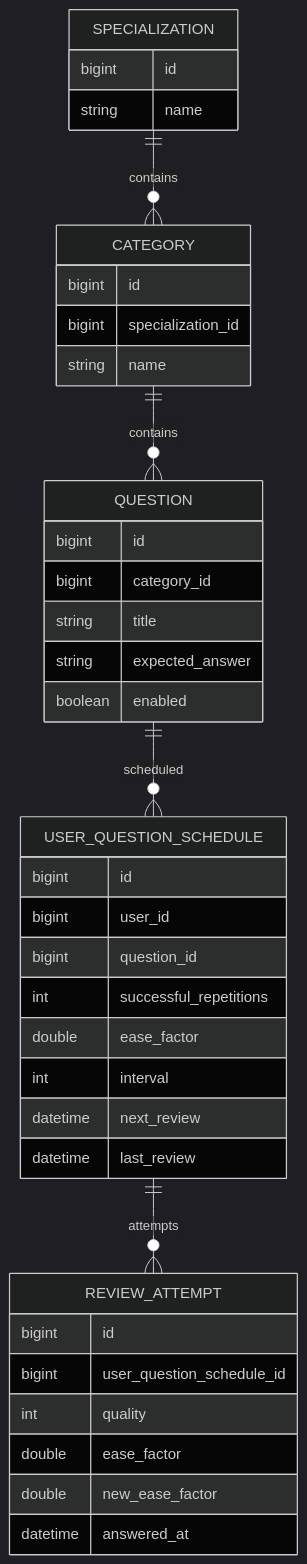
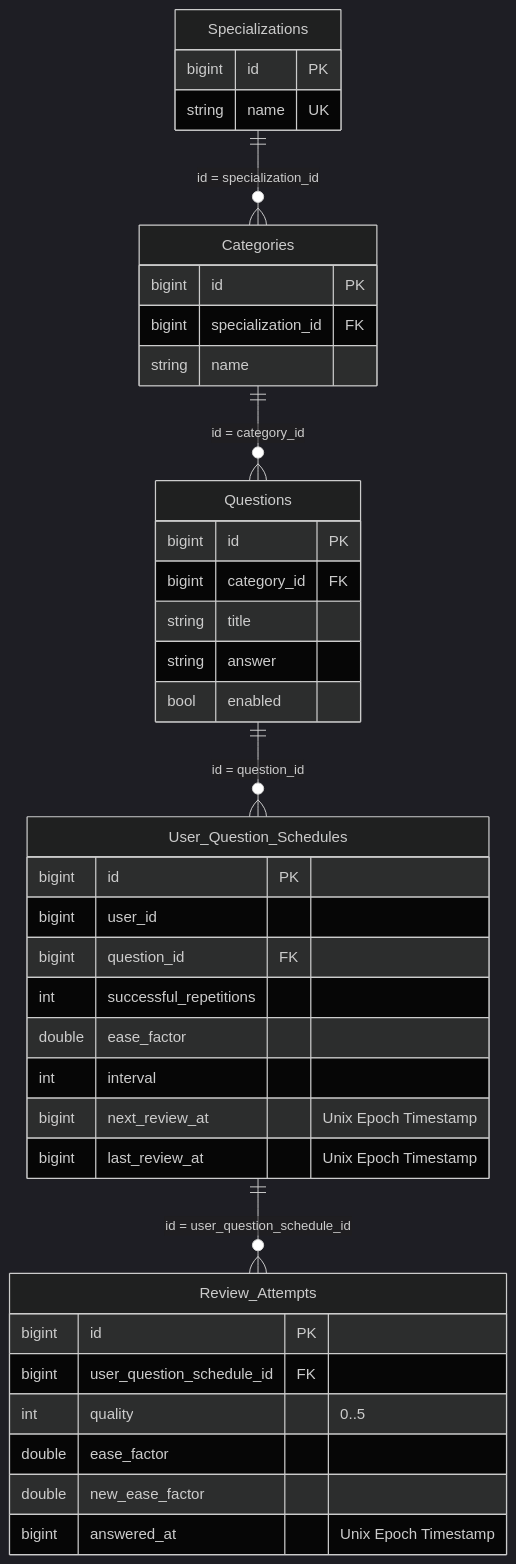
The diagram in system-analytics/services/interval-repetition-service/index.md (it-mentor-community-platform/meta), drawn with Mermaid (dark theme) before and after one commit.

Commit message:
refactor er-diagram

````diff
--- a/system-analytics/services/interval-repetition-service/index.md
+++ b/system-analytics/services/interval-repetition-service/index.md
@@ -16,47 +16,50 @@
 ```mermaid
 erDiagram
 
-    SPECIALIZATION {
-        bigint id
+    Specializations {
+        bigint id PK
+        string name UK
+    }
+
+    Categories {
+        bigint id PK
+        bigint specialization_id FK
         string name
     }
 
-    CATEGORY {
-        bigint id
-        bigint specialization_id
-        string name
+    Questions {
+        bigint id PK
+        bigint category_id FK
+        string title
+        string answer
+        bool enabled
     }
 
-    QUESTION {
-        bigint id
-        bigint category_id
-        string title
-        string expected_answer
-        boolean enabled
-    }
-
-    USER_QUESTION_SCHEDULE {
-        bigint id
+    User_Question_Schedules {
+        bigint id PK
         bigint user_id
-        bigint question_id
+        bigint question_id FK
         int successful_repetitions
         double ease_factor
         int interval
-        datetime next_review
-        datetime last_review
+        bigint next_review_at "Unix Epoch Timestamp"
+        bigint last_review_at "Unix Epoch Timestamp"
     }
 
-    REVIEW_ATTEMPT {
-        bigint id
-        bigint user_question_schedule_id
-        int quality
+    Review_Attempts {
+        bigint id PK
+        bigint user_question_schedule_id FK
+        int quality "0..5"
         double ease_factor
         double new_ease_factor
-        datetime answered_at
+        bigint answered_at "Unix Epoch Timestamp"
     }
 
-    SPECIALIZATION ||--o{ CATEGORY : contains
-    CATEGORY ||--o{ QUESTION : contains
-    QUESTION ||--o{ USER_QUESTION_SCHEDULE : scheduled
-    USER_QUESTION_SCHEDULE ||--o{ REVIEW_ATTEMPT : attempts
+    Specializations ||--o{ Categories : "id = specialization_id"
+
+    Categories ||--o{ Questions : "id = category_id"
+
+    Questions ||--o{ User_Question_Schedules : "id = question_id"
+
+    User_Question_Schedules ||--o{ Review_Attempts : "id = user_question_schedule_id"
 ```
````
